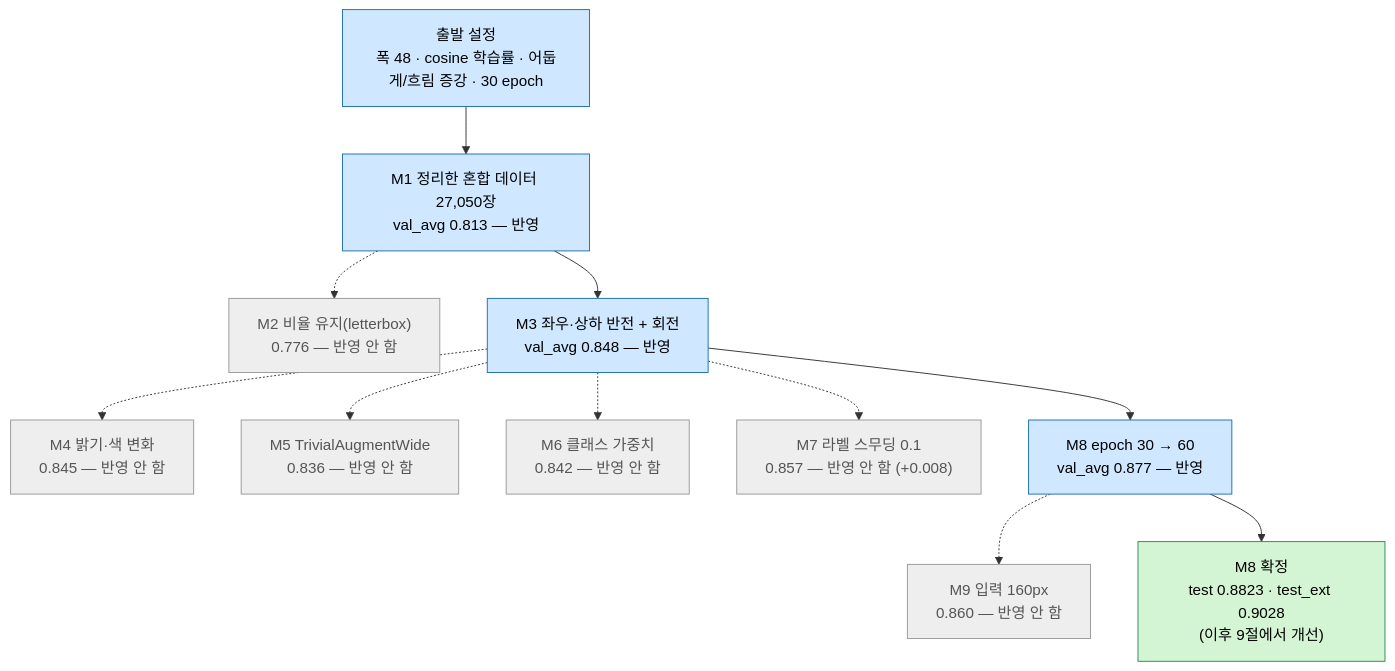
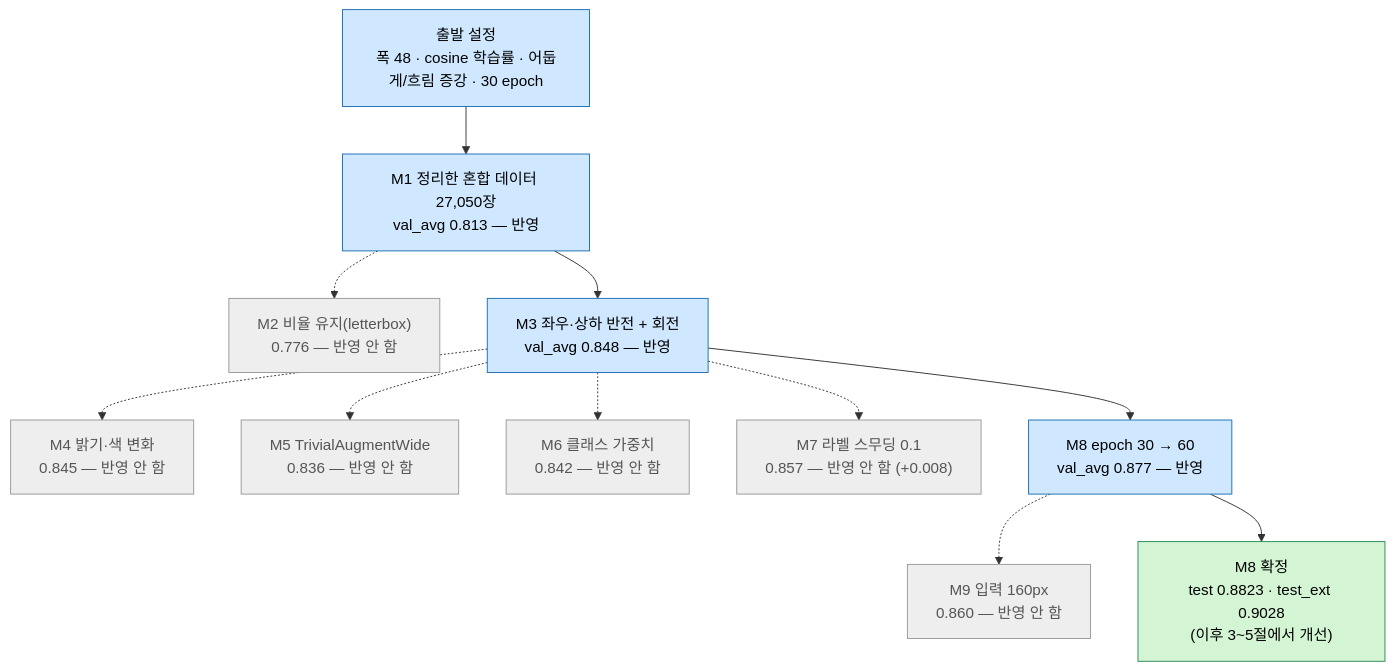
Before and after one commit to AnSeokHyeon1212/Garbage_Classification: the third of 5 diagrams in README.md, drawn with Mermaid. The commit also changed other lines of this file, not shown here.

````diff
--- a/README.md
+++ b/README.md
@@ -162,20 +203,20 @@
 ```mermaid
 flowchart TD
     S["출발 설정<br/>폭 48 · cosine 학습률 · 어둡게/흐림 증강 · 30 epoch"]
     S --> M1["M1 정리한 혼합 데이터 27,050장<br/>val_avg 0.813 — 반영"]
     M1 -.-> M2["M2 비율 유지(letterbox)<br/>0.776 — 반영 안 함"]
     M1 --> M3["M3 좌우·상하 반전 + 회전<br/>val_avg 0.848 — 반영"]
     M3 -.-> M4["M4 밝기·색 변화<br/>0.845 — 반영 안 함"]
     M3 -.-> M5["M5 TrivialAugmentWide<br/>0.836 — 반영 안 함"]
     M3 -.-> M6["M6 클래스 가중치<br/>0.842 — 반영 안 함"]
     M3 -.-> M7["M7 라벨 스무딩 0.1<br/>0.857 — 반영 안 함 (+0.008)"]
     M3 --> M8["M8 epoch 30 → 60<br/>val_avg 0.877 — 반영"]
     M8 -.-> M9["M9 입력 160px<br/>0.860 — 반영 안 함"]
-    M8 --> F["M8 확정<br/>test 0.8823 · test_ext 0.9028<br/>(이후 9절에서 개선)"]
+    M8 --> F["M8 확정<br/>test 0.8823 · test_ext 0.9028<br/>(이후 3~5절에서 개선)"]
     classDef yes fill:#cfe8ff,stroke:#1f6fb2,color:#000
     classDef no fill:#eeeeee,stroke:#999999,color:#555
     classDef fin fill:#d4f5d4,stroke:#2e8b57,color:#000
     class S,M1,M3,M8 yes
     class M2,M4,M5,M6,M7,M9 no
     class F fin
 ```
````
